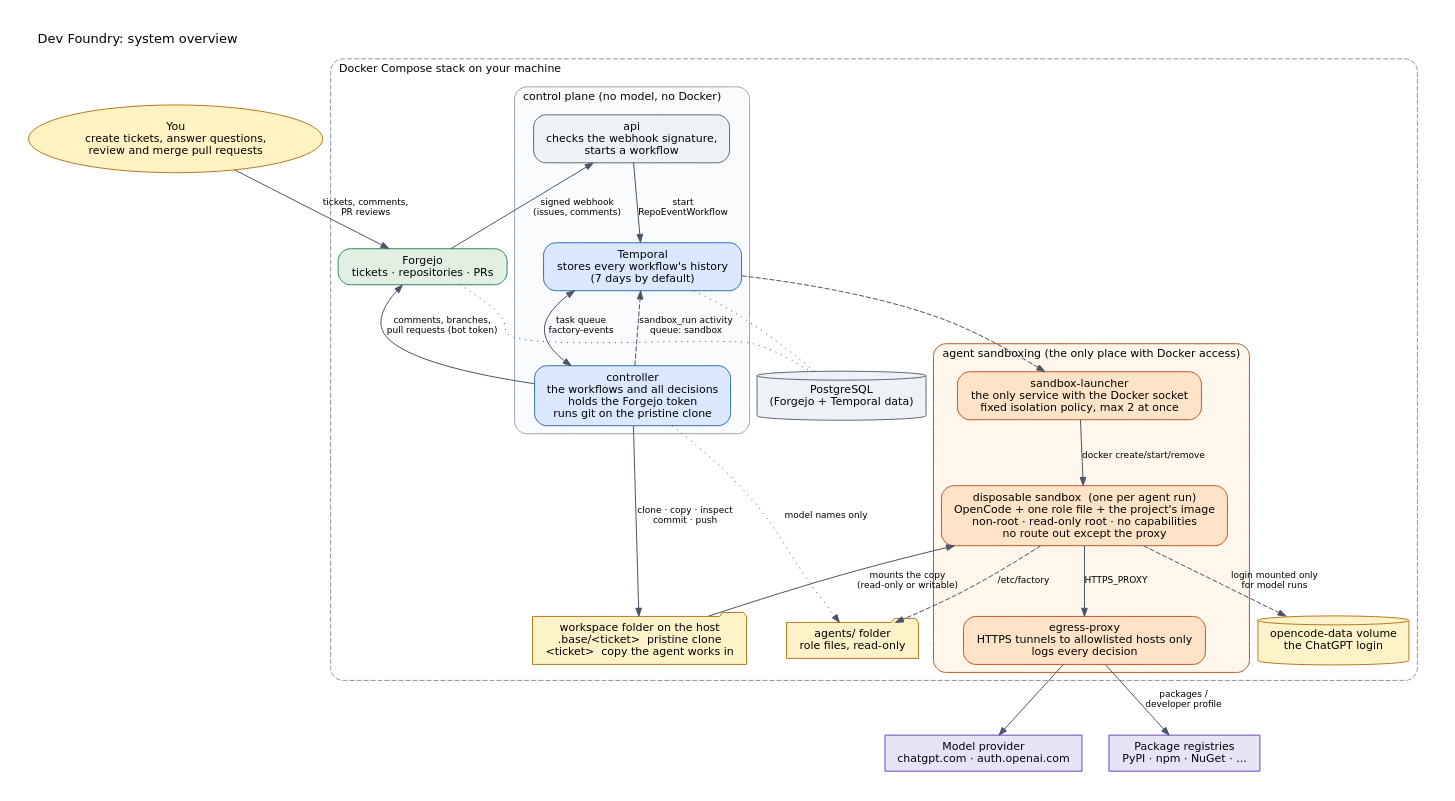
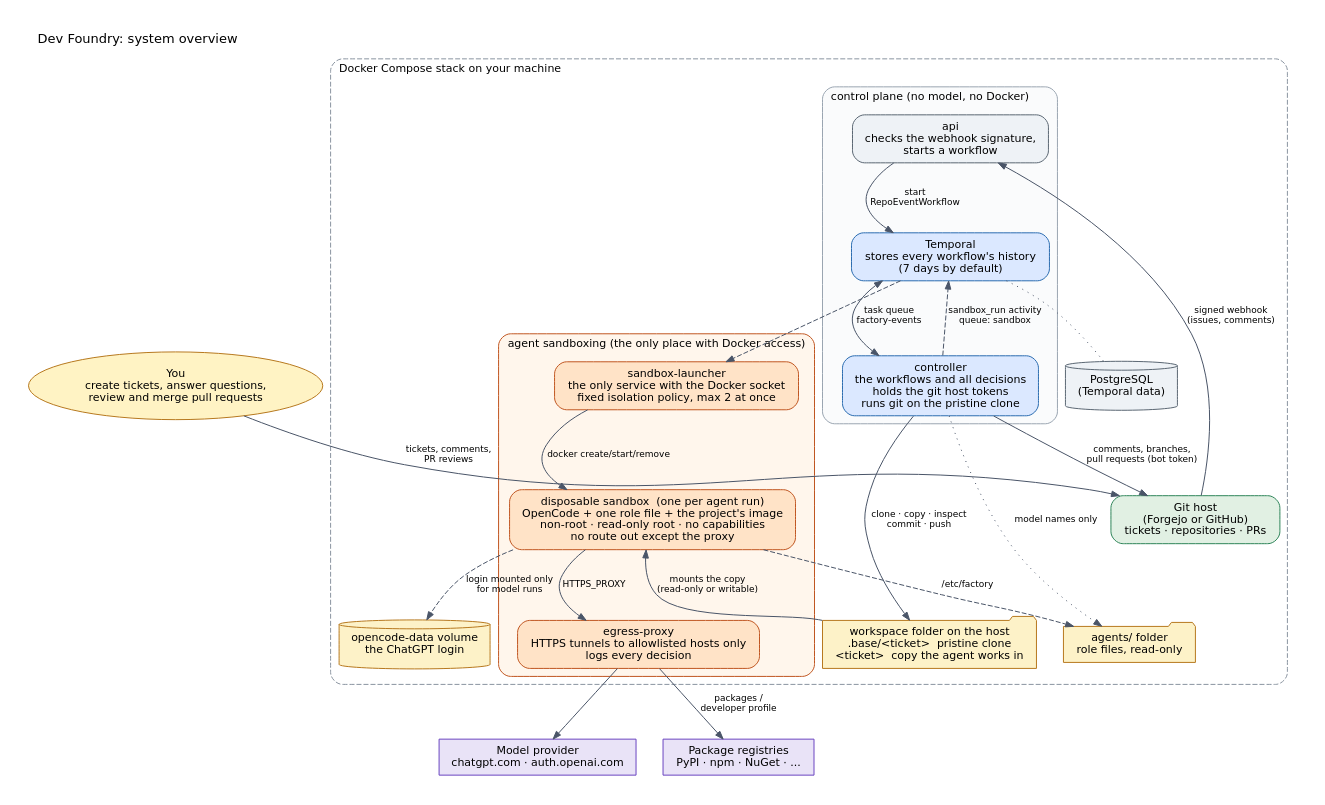
The diagram in docs/diagrams/architecture.dot (ai-sdlc-factory/ai-sdlc-factory), drawn with Graphviz before and after one commit. The commit also changed 21 other files, not shown here.

```diff
--- a/docs/diagrams/architecture.dot
+++ b/docs/diagrams/architecture.dot
@@ -1,56 +1,55 @@
 // The whole solution: who talks to whom, and where the trust boundaries are.
 digraph architecture {
   graph [rankdir=TB, fontname="DejaVu Sans", fontsize=13, bgcolor=white, pad=0.3, nodesep=0.38, ranksep=0.7,
          label="Dev Foundry: system overview", labelloc=t, labeljust=l];
   node  [fontname="DejaVu Sans", fontsize=11, shape=box, style="rounded,filled", fillcolor="#eef2f6", color="#5b6773", margin="0.16,0.09"];
   edge  [fontname="DejaVu Sans", fontsize=9, color="#4a5568", arrowsize=0.8];
 
   person  [label="You\ncreate tickets, answer questions,\nreview and merge pull requests", shape=ellipse, fillcolor="#fff3c4", color="#b7791f"];
   model   [label="Model provider\nchatgpt.com · auth.openai.com", shape=box, style="filled", fillcolor="#e9e3f7", color="#6b46c1"];
   registry[label="Package registries\nPyPI · npm · NuGet · ...", shape=box, style="filled", fillcolor="#e9e3f7", color="#6b46c1"];
 
   subgraph cluster_stack {
     label="Docker Compose stack on your machine"; style="rounded,dashed"; color="#8a94a0"; fontsize=11;
 
-    forgejo [label="Forgejo\ntickets · repositories · PRs", fillcolor="#e1f0e3", color="#2f855a"];
+    host [label="Git host\n(Forgejo or GitHub)\ntickets · repositories · PRs", fillcolor="#e1f0e3", color="#2f855a"];
 
     subgraph cluster_control {
       label="control plane (no model, no Docker)"; style="rounded"; color="#9aa5b1"; fillcolor="#fafbfc"; style="rounded,filled";
       api        [label="api\nchecks the webhook signature,\nstarts a workflow"];
       temporal   [label="Temporal\nstores every workflow's history\n(7 days by default)", fillcolor="#dbe8ff", color="#2b6cb0"];
-      controller [label="controller\nthe workflows and all decisions\nholds the Forgejo token\nruns git on the pristine clone", fillcolor="#dbe8ff", color="#2b6cb0"];
+      controller [label="controller\nthe workflows and all decisions\nholds the git host tokens\nruns git on the pristine clone", fillcolor="#dbe8ff", color="#2b6cb0"];
     }
 
-    postgres [label="PostgreSQL\n(Forgejo + Temporal data)", shape=cylinder, fillcolor="#eef2f6"];
+    postgres [label="PostgreSQL\n(Temporal data)", shape=cylinder, fillcolor="#eef2f6"];
 
     subgraph cluster_sandboxing {
       label="agent sandboxing (the only place with Docker access)"; style="rounded,filled"; color="#c05621"; fillcolor="#fff6ec";
       launcher [label="sandbox-launcher\nthe only service with the Docker socket\nfixed isolation policy, max 2 at once", fillcolor="#ffe3c7", color="#c05621"];
       sandbox  [label="disposable sandbox  (one per agent run)\nOpenCode + one role file + the project's image\nnon-root · read-only root · no capabilities\nno route out except the proxy", fillcolor="#ffe3c7", color="#c05621"];
       proxy    [label="egress-proxy\nHTTPS tunnels to allowlisted hosts only\nlogs every decision", fillcolor="#ffe3c7", color="#c05621"];
     }
 
     workspaces [label="workspace folder on the host\n.base/<ticket>  pristine clone\n<ticket>  copy the agent works in", shape=folder, fillcolor="#fdf2c8", color="#b7791f"];
     login      [label="opencode-data volume\nthe ChatGPT login", shape=cylinder, fillcolor="#fdf2c8", color="#b7791f"];
     agents     [label="agents/ folder\nrole files, read-only", shape=folder, fillcolor="#fdf2c8", color="#b7791f"];
   }
 
-  person -> forgejo [label="tickets, comments,\nPR reviews"];
-  forgejo -> api [label="signed webhook\n(issues, comments)"];
+  person -> host [label="tickets, comments,\nPR reviews"];
+  host -> api [label="signed webhook\n(issues, comments)"];
   api -> temporal [label="start\nRepoEventWorkflow"];
   temporal -> controller [label="task queue\nfactory-events", dir=both];
-  controller -> forgejo [label="comments, branches,\npull requests (bot token)"];
+  controller -> host [label="comments, branches,\npull requests (bot token)"];
   controller -> workspaces [label="clone · copy · inspect\ncommit · push"];
   controller -> temporal [label="sandbox_run activity\nqueue: sandbox", style=dashed];
   temporal -> launcher [style=dashed];
   launcher -> sandbox [label="docker create/start/remove"];
   sandbox -> workspaces [label="mounts the copy\n(read-only or writable)", dir=back];
   sandbox -> login [label="login mounted only\nfor model runs", style=dashed];
   sandbox -> agents [label="/etc/factory", style=dashed];
   sandbox -> proxy [label="HTTPS_PROXY"];
   proxy -> model;
   proxy -> registry [label="packages /\ndeveloper profile"];
-  forgejo -> postgres [style=dotted, arrowhead=none];
   temporal -> postgres [style=dotted, arrowhead=none];
   controller -> agents [style=dotted, label="model names only"];
 }
```
